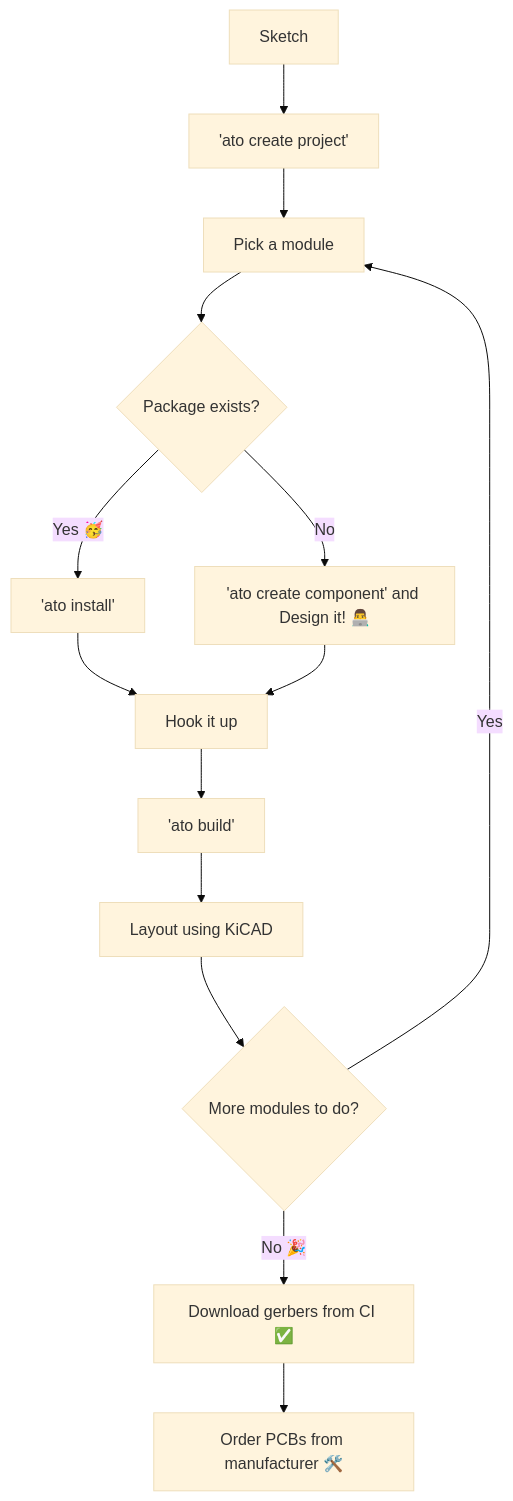
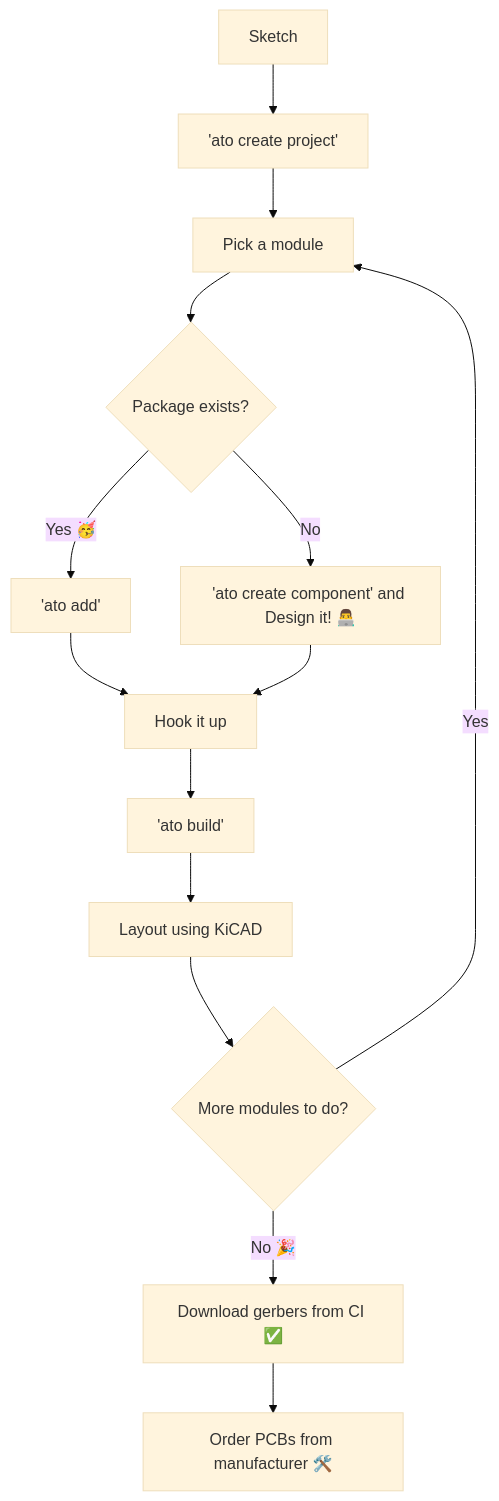
One commit to atopile/docs changed the diagram in atopile/quickstart.mdx. Above: the diagram before and after it, drawn with Mermaid (base theme). The commit also changed other lines of this file, not shown here.

Commit message:
Fix: Use ato add instead of install (#12)

````diff
--- a/atopile/quickstart.mdx
+++ b/atopile/quickstart.mdx
@@ -44,16 +44,16 @@
 ```mermaid
 graph TB
   A[Sketch] --> AA['ato create project'];
   AA --> BB[Pick a module];
   BB --> B{Package exists?};
-  B -->|Yes 🥳| C['ato install'];
+  B -->|Yes 🥳| C['ato add'];
   B -->|No| CC['ato create component' and Design it! 👨‍💻];
   C --> D[Hook it up];
   CC --> D;
   D --> E['ato build'];
   E --> F[Layout using KiCAD];
   F --> G{More modules to do?};
   G -->|Yes| BB;
   G -->|No 🎉| H[Download gerbers from CI ✅];
   H --> I[Order PCBs from manufacturer 🛠️];
 ```
````
